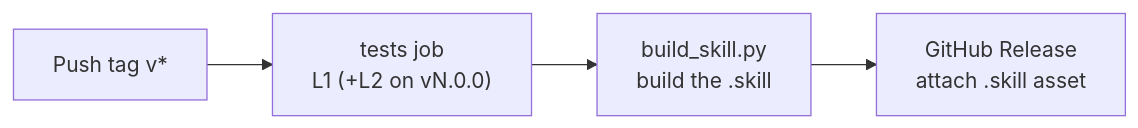
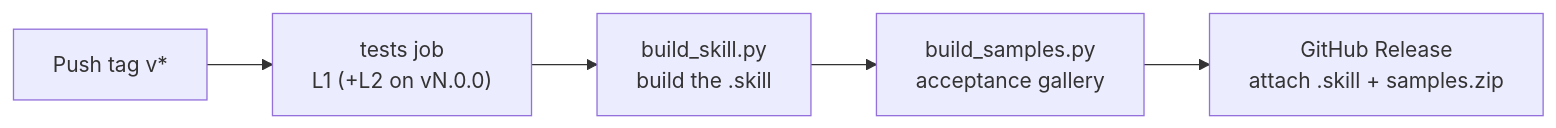
The third of 3 diagrams in docs/ci-cd.md (David-BS/candidate-suite), drawn with Mermaid before and after one commit. The commit also changed other lines of this file and 5 other files, not shown here.

Commit message:
ci: attach acceptance gallery to releases; add test_examples; sync docs (#13)

````diff
--- a/docs/ci-cd.md
+++ b/docs/ci-cd.md
@@ -67,4 +67,4 @@
 ```mermaid
 flowchart LR
-    T["Push tag v*"] --> TS["tests job<br/>L1 (+L2 on vN.0.0)"] --> B["build_skill.py<br/>build the .skill"] --> R["GitHub Release<br/>attach .skill asset"]
+    T["Push tag v*"] --> TS["tests job<br/>L1 (+L2 on vN.0.0)"] --> B["build_skill.py<br/>build the .skill"] --> G["build_samples.py<br/>acceptance gallery"] --> R["GitHub Release<br/>attach .skill + samples.zip"]
 ```
````
